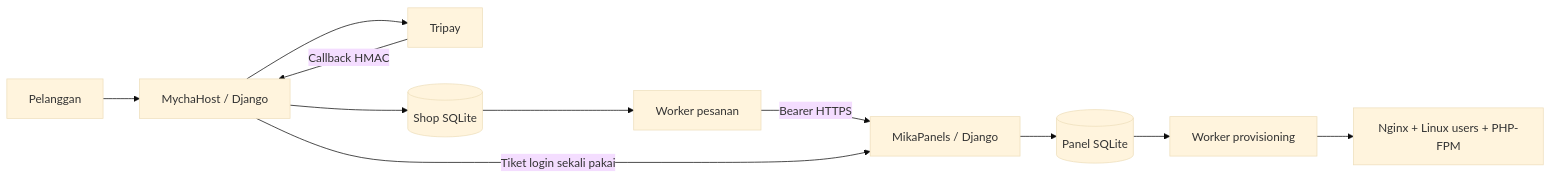
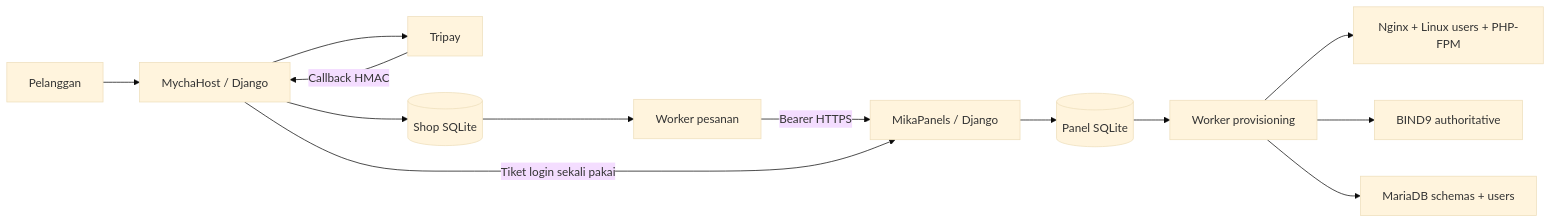
One commit to danuwindha-del/MikaPanel changed the diagram in docs/ARCHITECTURE.md. Above: the diagram before and after it, drawn with Mermaid (base theme). The commit also changed other lines of this file and 63 other files, not shown here.

````diff
--- a/docs/ARCHITECTURE.md
+++ b/docs/ARCHITECTURE.md
@@ -5,13 +5,15 @@
 ```mermaid
 flowchart LR
     Customer[Pelanggan] --> Shop[MychaHost / Django]
     Shop --> Gateway[Tripay]
     Gateway -->|Callback HMAC| Shop
     Shop --> ShopDB[(Shop SQLite)]
     ShopDB --> Orders[Worker pesanan]
     Orders -->|Bearer HTTPS| Panel[MikaPanels / Django]
     Panel --> PanelDB[(Panel SQLite)]
     PanelDB --> Provision[Worker provisioning]
     Provision --> Nginx[Nginx + Linux users + PHP-FPM]
+    Provision --> DNS[BIND9 authoritative]
+    Provision --> SQL[MariaDB schemas + users]
     Shop -->|Tiket login sekali pakai| Panel
 ```
````
